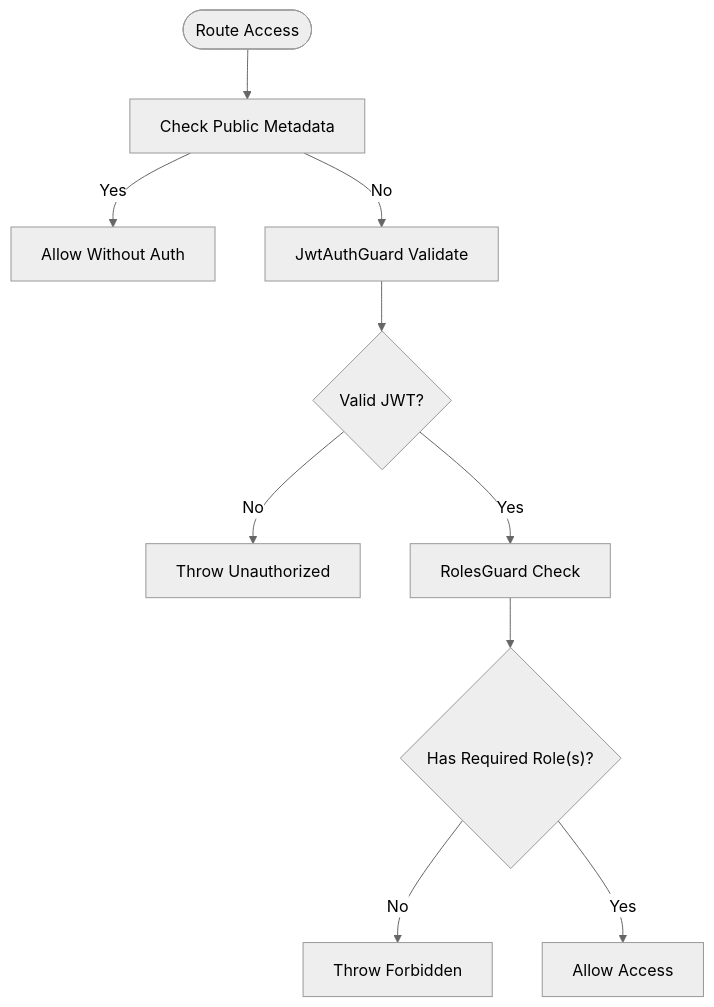
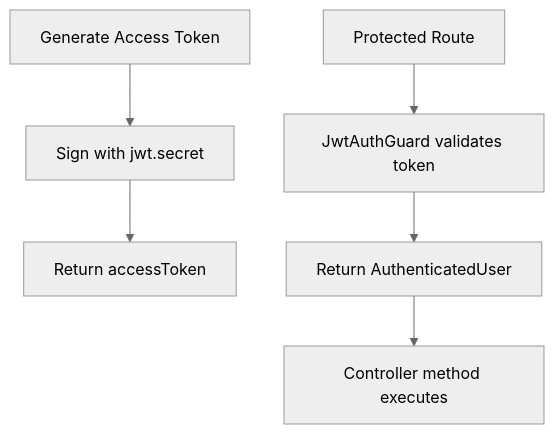
Before and after one commit to Avi-Bendetsky/Quiz-to-build: the seventh of 8 diagrams in .qoder/repowiki/en/content/Core Modules/Authentication Module.md, drawn with Mermaid (neutral theme). The commit also changed other lines of this file and 41 other files, not shown here.

````diff
--- a/.qoder/repowiki/en/content/Core Modules/Authentication Module.md
+++ b/.qoder/repowiki/en/content/Core Modules/Authentication Module.md
@@ -346,12 +323,8 @@
 ```mermaid
 flowchart TD
-Start(["Route Access"]) --> CheckPublic["Check Public Metadata"]
-CheckPublic --> |Yes| AllowPublic["Allow Without Auth"]
-CheckPublic --> |No| JwtValidate["JwtAuthGuard Validate"]
-JwtValidate --> ValidToken{"Valid JWT?"}
-ValidToken --> |No| AuthError["Throw Unauthorized"]
-ValidToken --> |Yes| RolesCheck["RolesGuard Check"]
-RolesCheck --> HasRole{"Has Required Role(s)?"}
-HasRole --> |No| RoleError["Throw Forbidden"]
-HasRole --> |Yes| AllowAccess["Allow Access"]
+Gen["Generate Access Token"] --> SignAT["Sign with jwt.secret"]
+SignAT --> ReturnAT["Return accessToken"]
+Protected["Protected Route"] --> Validate["JwtAuthGuard validates token"]
+Validate --> Success["Return AuthenticatedUser"]
+Success --> Controller["Controller method executes"]
 ```
````
